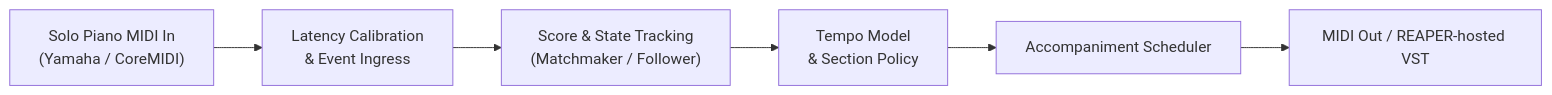
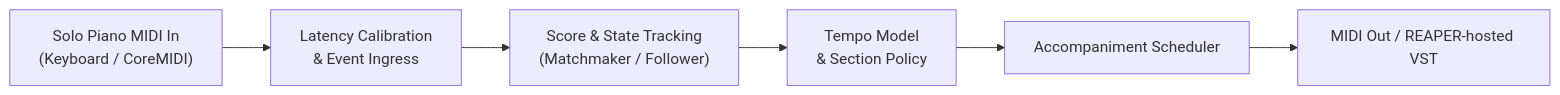
Before and after one commit to ericberic/rubato-music: the diagram in README.md, drawn with Mermaid. The commit also changed other lines of this file and 28 other files, not shown here.

````diff
--- a/README.md
+++ b/README.md
@@ -63,8 +63,8 @@
 ```mermaid
 flowchart LR
-    A["Solo Piano MIDI In<br/>(Yamaha / CoreMIDI)"] --> B["Latency Calibration<br/>& Event Ingress"]
+    A["Solo Piano MIDI In<br/>(Keyboard / CoreMIDI)"] --> B["Latency Calibration<br/>& Event Ingress"]
     B --> C["Score & State Tracking<br/>(Matchmaker / Follower)"]
     C --> D["Tempo Model<br/>& Section Policy"]
     D --> E["Accompaniment Scheduler"]
     E --> F["MIDI Out / REAPER-hosted VST"]
 ```
````
